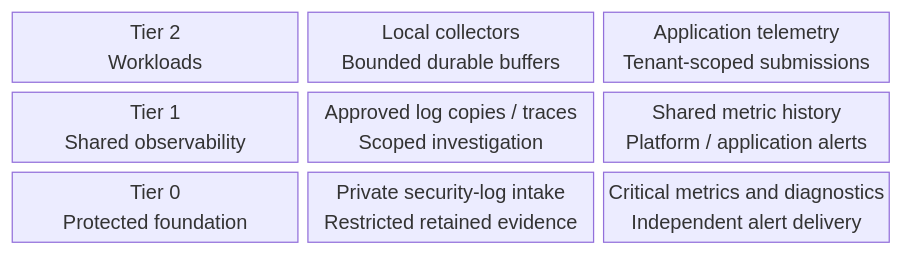
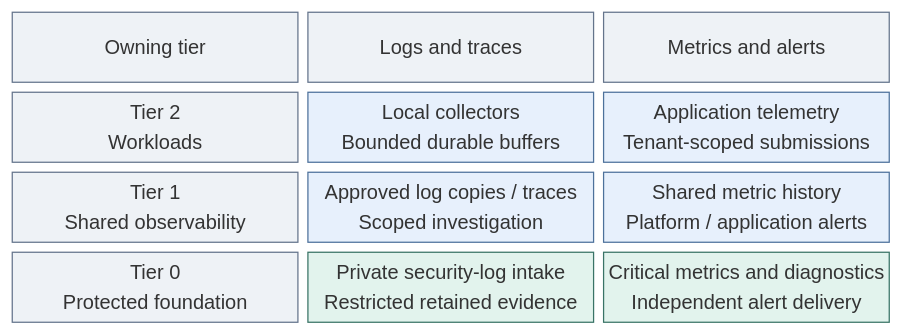
One commit to Rexus/homelab changed the diagram in docs/architecture/operations/telemetry.md. Above: the diagram before and after it, drawn with Mermaid. The commit also changed 49 other files, not shown here.

Commit message:
docs(diagrams): clarify tier layouts and visual styles

````diff
--- a/docs/architecture/operations/telemetry.md
+++ b/docs/architecture/operations/telemetry.md
@@ -19,13 +19,21 @@
 ```mermaid
 block-beta
   columns 3
+  Owner["Owning tier"] LogPath["Logs and traces"] MetricPath["Metrics and alerts"]
   T2["Tier 2<br/>Workloads"]
   Collectors["Local collectors<br/>Bounded durable buffers"]
   AppScope["Application telemetry<br/>Tenant-scoped submissions"]
   T1["Tier 1<br/>Shared observability"]
   Analytics["Approved log copies / traces<br/>Scoped investigation"]
   Platform["Shared metric history<br/>Platform / application alerts"]
   T0["Tier 0<br/>Protected foundation"]
   Evidence["Private security-log intake<br/>Restricted retained evidence"]
   Critical["Critical metrics and diagnostics<br/>Independent alert delivery"]
+  classDef default fill:#f8fafc,stroke:#64748b,color:#1f2937
+  classDef boundary fill:#eef2f6,stroke:#64748b,color:#1f2937
+  classDef services fill:#e7f0fc,stroke:#4d719b,color:#203a5b
+  classDef control fill:#e2f3ed,stroke:#397366,color:#173f36
+  class Owner,LogPath,MetricPath,T2,T1,T0 boundary
+  class Collectors,AppScope,Analytics,Platform services
+  class Evidence,Critical control
 ```
````
